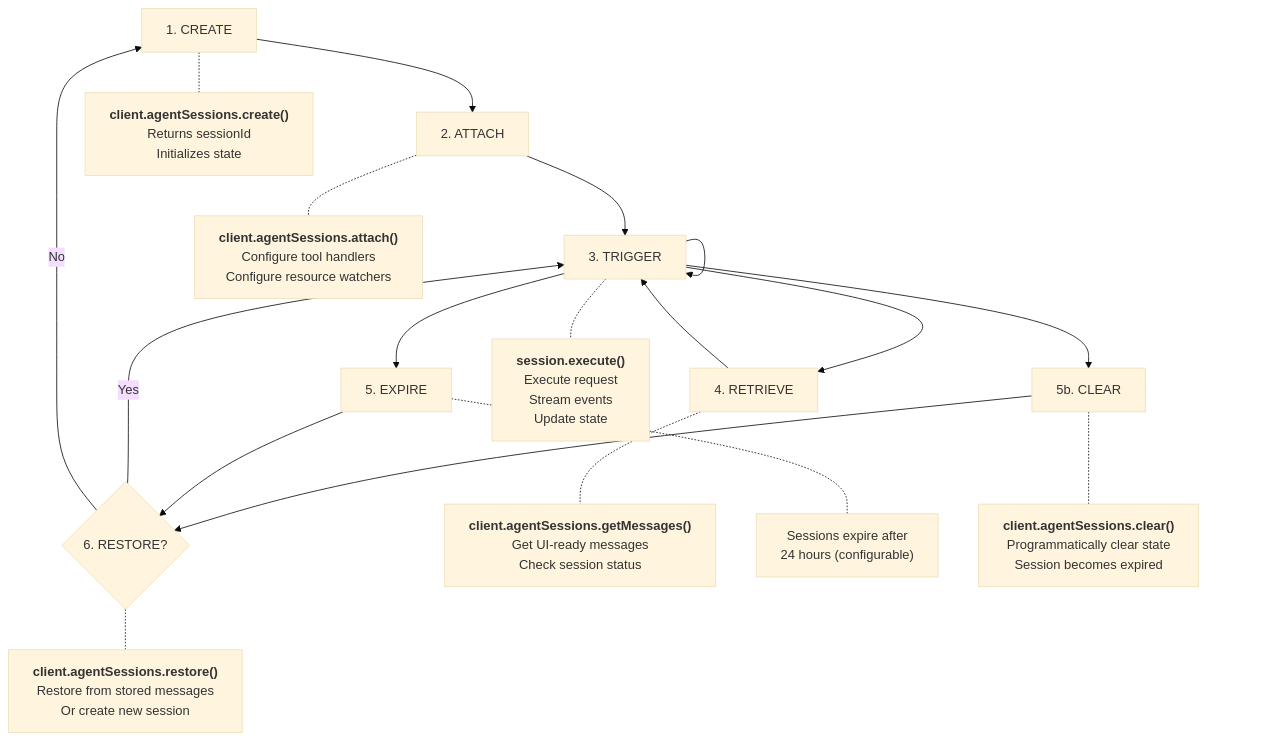
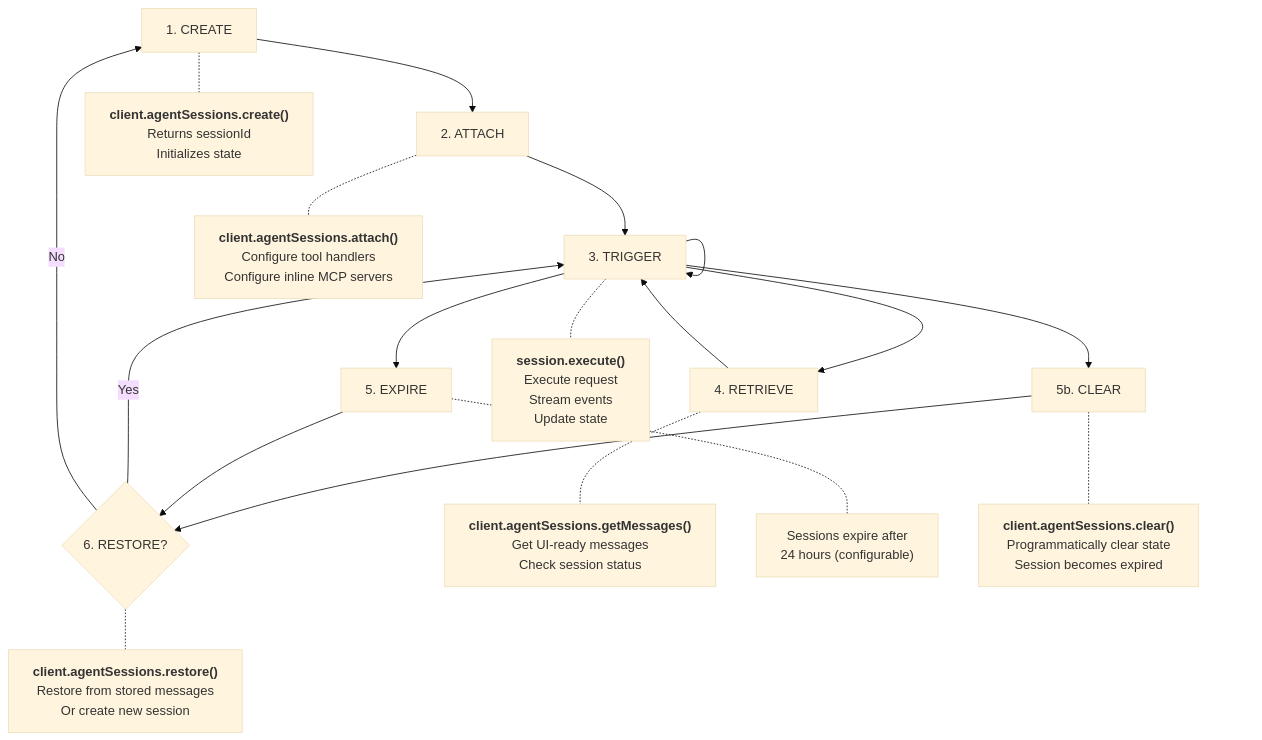
Before and after one commit to octavus-ai/agent-sdk: the diagram in packages/docs/content/02-server-sdk/02-sessions.md, drawn with Mermaid (base theme). The commit also changed other lines of this file and 77 other files, not shown here.

````diff
--- a/packages/docs/content/02-server-sdk/02-sessions.md
+++ b/packages/docs/content/02-server-sdk/02-sessions.md
@@ -401,42 +395,42 @@
 ```mermaid
 flowchart TD
     A[1. CREATE] --> B[2. ATTACH]
     B --> C[3. TRIGGER]
     C --> C
     C --> D[4. RETRIEVE]
     D --> C
     C --> E[5. EXPIRE]
     C --> G[5b. CLEAR]
     G --> F
     E --> F{6. RESTORE?}
     F -->|Yes| C
     F -->|No| A
 
     A -.- A1["`**client.agentSessions.create()**
     Returns sessionId
     Initializes state`"]
 
     B -.- B1["`**client.agentSessions.attach()**
     Configure tool handlers
-    Configure resource watchers`"]
+    Configure inline MCP servers`"]
 
     C -.- C1["`**session.execute()**
     Execute request
     Stream events
     Update state`"]
 
     D -.- D1["`**client.agentSessions.getMessages()**
     Get UI-ready messages
     Check session status`"]
 
     E -.- E1["`Sessions expire after
     24 hours (configurable)`"]
 
     G -.- G1["`**client.agentSessions.clear()**
     Programmatically clear state
     Session becomes expired`"]
 
     F -.- F1["`**client.agentSessions.restore()**
     Restore from stored messages
     Or create new session`"]
 ```
````
